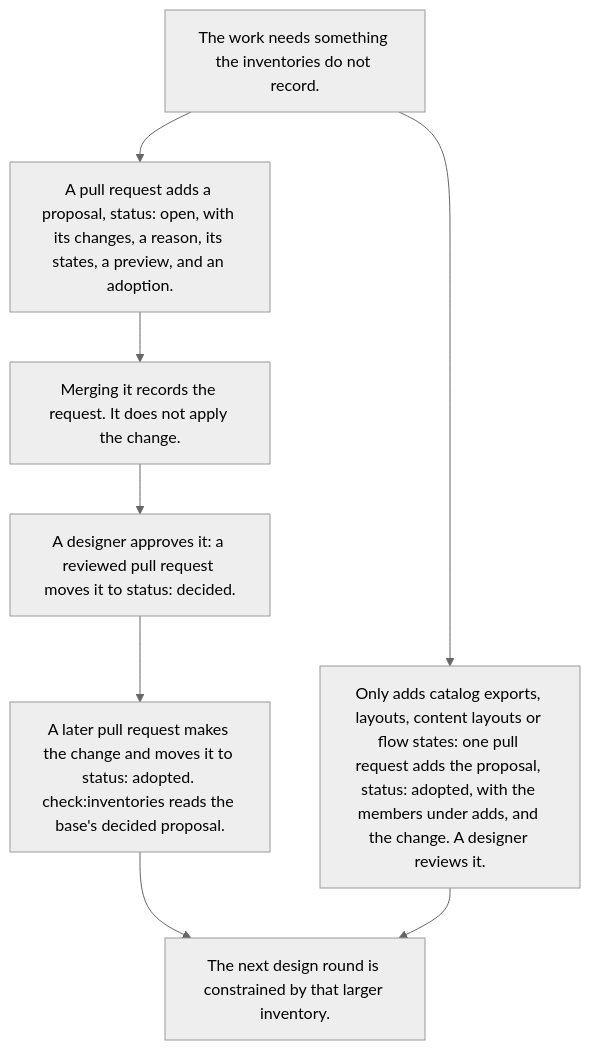
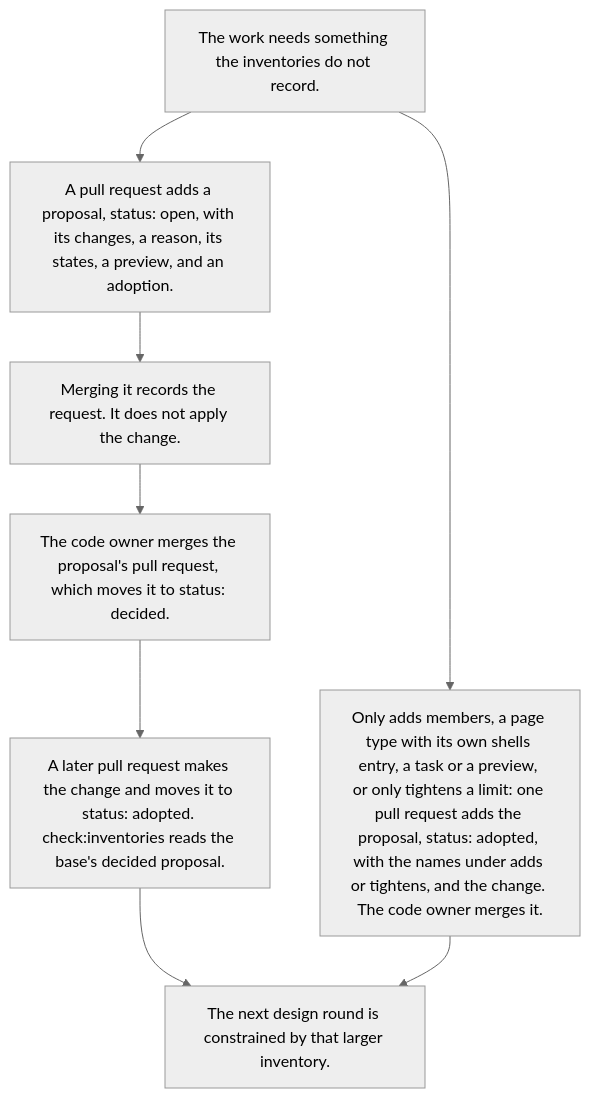
Before and after one commit to tounsoo/agent-design-loop: the fourth of 7 diagrams in packages/harness/docs/how-it-works.md, drawn with Mermaid (neutral theme). The commit also changed other lines of this file and 31 other files, not shown here.

First line of the commit message:
Adopt right-sized governance: one pull request for what adds or tightens

````diff
--- a/packages/harness/docs/how-it-works.md
+++ b/packages/harness/docs/how-it-works.md
@@ -310,12 +316,12 @@
 ```mermaid
 flowchart TB
   gap["The work needs something the inventories do not record."]
   file["A pull request adds a proposal, status: open, with its changes, a reason, its states, a preview, and an adoption."]
   record["Merging it records the request. It does not apply the change."]
-  person["A designer approves it: a reviewed pull request moves it to status: decided."]
+  person["The code owner merges the proposal's pull request, which moves it to status: decided."]
   adopt["A later pull request makes the change and moves it to status: adopted. check:inventories reads the base's decided proposal."]
-  adds["Only adds catalog exports, layouts, content layouts or flow states: one pull request adds the proposal, status: adopted, with the members under adds, and the change. A designer reviews it."]
+  adds["Only adds members, a page type with its own shells entry, a task or a preview, or only tightens a limit: one pull request adds the proposal, status: adopted, with the names under adds or tightens, and the change. The code owner merges it."]
   next["The next design round is constrained by that larger inventory."]
   gap --> file --> record --> person --> adopt --> next
   gap --> adds --> next
 ```
````
